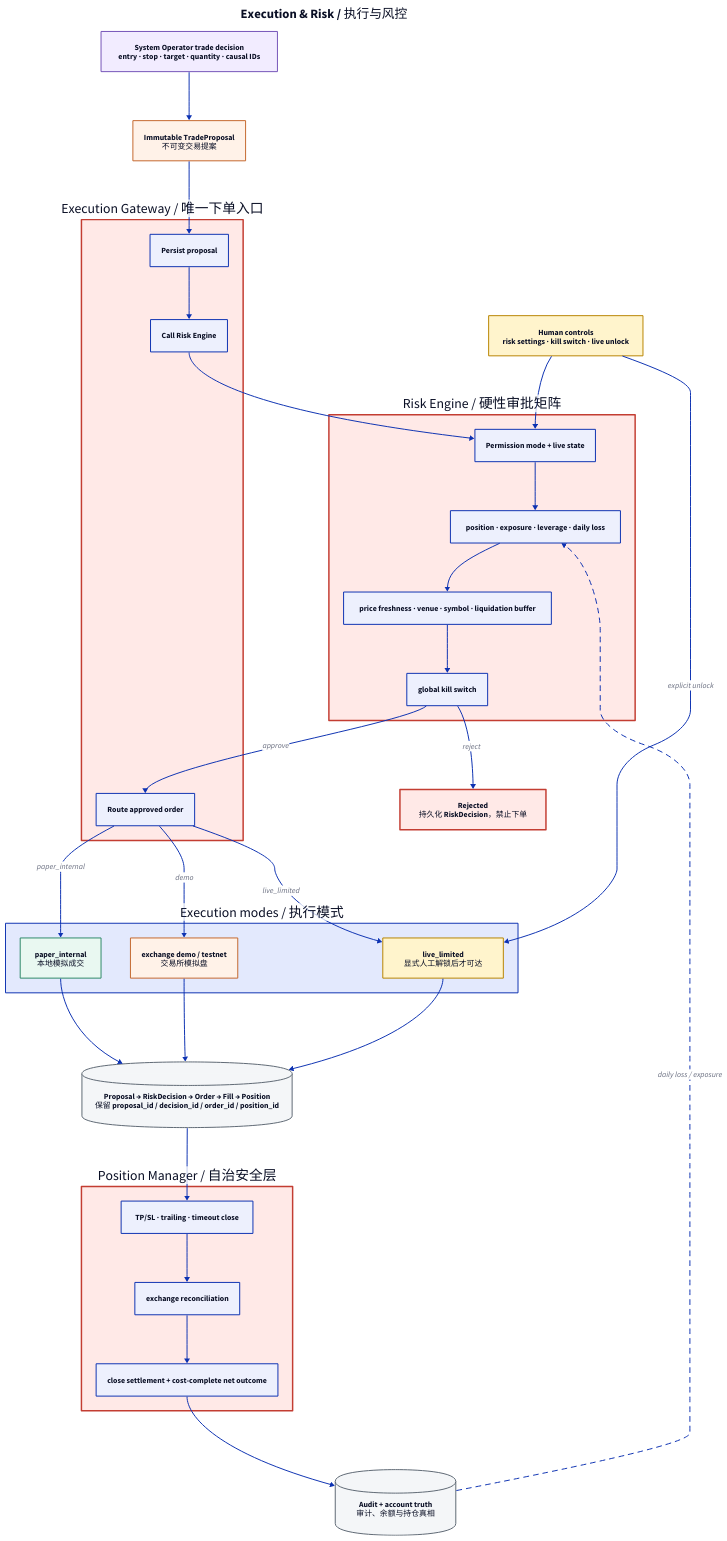
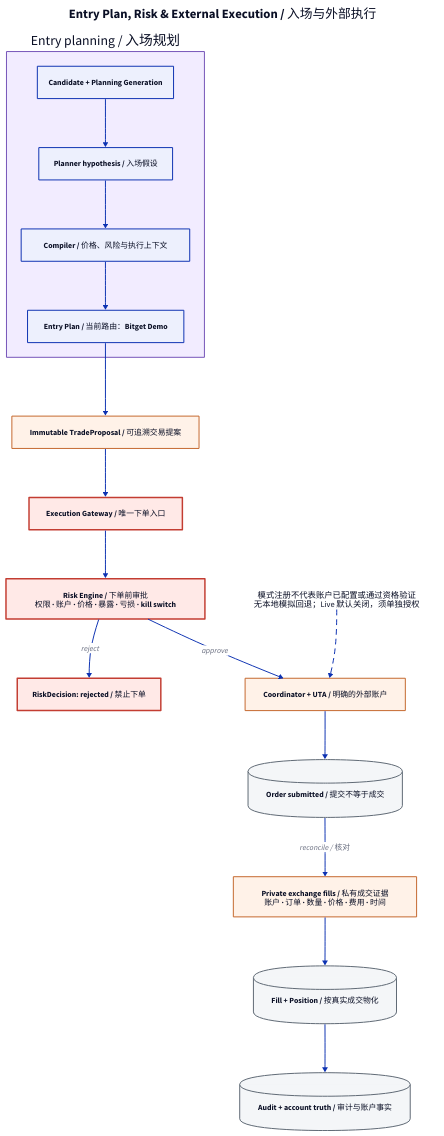
One commit to iridyne/aletheia changed the diagram in docs/diagrams/source/readme_execution_risk.d2. Above: the diagram before and after it, drawn with D2. The commit also changed 13 other files, not shown here.

Commit message:
docs: archive simulator diagrams and document external execution flow

```diff
--- a/docs/diagrams/source/readme_execution_risk.d2
+++ b/docs/diagrams/source/readme_execution_risk.d2
@@ -1,82 +1,54 @@
 direction: down
 
 classes: {
-  decision: { style.fill: "#F2ECFF"; style.stroke: "#7452B8" }
+  planning: { style.fill: "#F2ECFF"; style.stroke: "#7452B8" }
   safety: { style.fill: "#FFE9E7"; style.stroke: "#C33D32"; style.stroke-width: 3 }
   execution: { style.fill: "#FFF2E8"; style.stroke: "#C4672D" }
   store: { shape: cylinder; style.fill: "#F4F6F8"; style.stroke: "#5E6873" }
-  paper: { style.fill: "#E9F8F1"; style.stroke: "#2D8968" }
-  human: { style.fill: "#FFF4CC"; style.stroke: "#B88400" }
 }
 
-title: "Execution & Risk / 执行与风控" {
+title: "Entry Plan, Risk & External Execution / 入场与外部执行" {
   near: top-center
   shape: text
   style.font-size: 26
   style.bold: true
 }
 
-decision: "System Operator trade decision\nentry · stop · target · quantity · causal IDs" { class: decision }
-proposal: "Immutable TradeProposal\n不可变交易提案" { class: execution }
-
-gateway: "Execution Gateway / 唯一下单入口" {
-  class: safety
-  persist: "Persist proposal"
-  evaluate: "Call Risk Engine"
-  route: "Route approved order"
+planning: "Entry planning / 入场规划" {
+  class: planning
+  candidate: "Candidate + Planning Generation"
+  planner: "Planner hypothesis / 入场假设"
+  compiler: "Compiler / 价格、风险与执行上下文"
+  plan: "Entry Plan / 当前路由：Bitget Demo"
 }
 
-risk: "Risk Engine / 硬性审批矩阵" {
+proposal: "Immutable TradeProposal / 可追溯交易提案" { class: execution }
+gateway: "Execution Gateway / 唯一下单入口" { class: safety }
+risk: "Risk Engine / 下单前审批" {
   class: safety
-  mode: "Permission mode + live state"
-  limits: "position · exposure · leverage · daily loss"
-  market: "price freshness · venue · symbol · liquidation buffer"
-  kill: "global kill switch"
+  label: "Risk Engine / 下单前审批\n权限 · 账户 · 价格 · 暴露 · 亏损 · kill switch"
+}
+rejected: "RiskDecision: rejected / 禁止下单" { class: safety }
+coordinator: "Coordinator + UTA / 明确的外部账户" { class: execution }
+order: "Order submitted / 提交不等于成交" { class: store }
+private_fill: "Private exchange fills / 私有成交证据\n账户 · 订单 · 数量 · 价格 · 费用 · 时间" { class: execution }
+ledger: "Fill + Position / 按真实成交物化" { class: store }
+audit: "Audit + account truth / 审计与账户事实" { class: store }
+boundary: "模式注册不代表账户已配置或通过资格验证\n无本地模拟回退；Live 默认关闭，须单独授权" {
+  shape: text
+  style.font-size: 17
 }
 
-rejected: "Rejected\n持久化 RiskDecision，禁止下单" { class: safety }
-
-brokers: "Execution modes / 执行模式" {
-  paper: "paper_internal\n本地模拟成交" { class: paper }
-  demo: "exchange demo / testnet\n交易所模拟盘" { class: execution }
-  live: "live_limited\n显式人工解锁后才可达" { class: human }
-}
-
-ledger: "Causal trading ledger / 因果交易账本" {
-  class: store
-  label: "Proposal → RiskDecision → Order → Fill → Position\n保留 proposal_id / decision_id / order_id / position_id"
-}
-
-manager: "Position Manager / 自治安全层" {
-  class: safety
-  protect: "TP/SL · trailing · timeout close"
-  reconcile: "exchange reconciliation"
-  settle: "close settlement + cost-complete net outcome"
-}
-
-audit: "Audit + account truth\n审计、余额与持仓真相" { class: store }
-
-human: "Human controls\nrisk settings · kill switch · live unlock" { class: human }
-
-decision -> proposal
-proposal -> gateway.persist
-gateway.persist -> gateway.evaluate
-gateway.evaluate -> risk.mode
-risk.mode -> risk.limits
-risk.limits -> risk.market
-risk.market -> risk.kill
-risk.kill -> rejected: "reject"
-risk.kill -> gateway.route: "approve"
-gateway.route -> brokers.paper: "paper_internal"
-gateway.route -> brokers.demo: "demo"
-gateway.route -> brokers.live: "live_limited"
-brokers.paper -> ledger
-brokers.demo -> ledger
-brokers.live -> ledger
-ledger -> manager.protect
-manager.protect -> manager.reconcile
-manager.reconcile -> manager.settle
-manager.settle -> audit
-human -> risk.mode
-human -> brokers.live: "explicit unlock"
-audit -> risk.limits: "daily loss / exposure" { style.stroke-dash: 5 }
+planning.candidate -> planning.planner
+planning.planner -> planning.compiler
+planning.compiler -> planning.plan
+planning.plan -> proposal
+proposal -> gateway
+gateway -> risk
+risk -> rejected: "reject"
+risk -> coordinator: "approve"
+coordinator -> order
+order -> private_fill: "reconcile / 核对"
+private_fill -> ledger
+ledger -> audit
+boundary -> coordinator: { style.stroke-dash: 5 }
```
